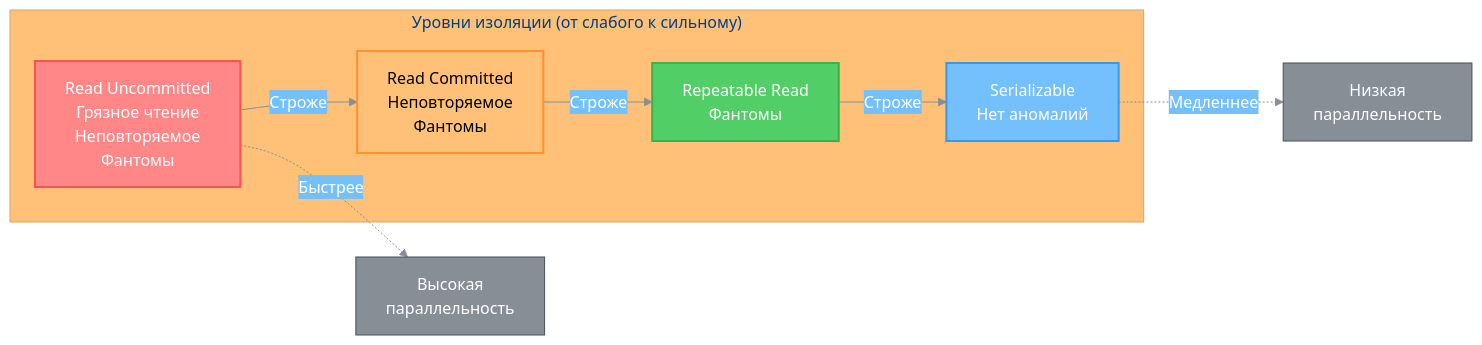
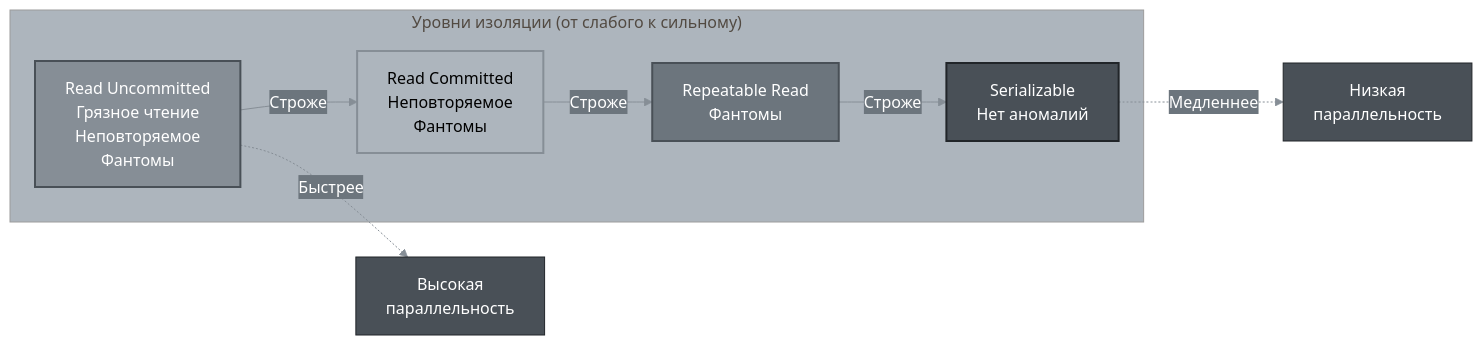
The ninth of 23 diagrams in db_exam.md (alx314vo/db_exam), drawn with Mermaid before and after one commit. The commit also changed other lines of this file, not shown here.

````diff
--- a/db_exam.md
+++ b/db_exam.md
@@ -461,22 +461,22 @@
 ```mermaid
-%%{init: {'theme':'base', 'themeVariables': {'primaryColor':'#868e96','primaryTextColor':'#fff','primaryBorderColor':'#495057','lineColor':'#868e96','secondaryColor':'#74c0fc','tertiaryColor':'#ffc078','background':'#ffffff','textColor':'#212529'}}}%%
+%%{init: {'theme':'base', 'themeVariables': {'primaryColor':'#495057','primaryTextColor':'#fff','primaryBorderColor':'#212529','lineColor':'#868e96','secondaryColor':'#6c757d','tertiaryColor':'#adb5bd','background':'#ffffff','textColor':'#212529'}}}%%
 graph LR
     subgraph "Уровни изоляции (от слабого к сильному)"
         RU[Read Uncommitted<br/>Грязное чтение<br/>Неповторяемое<br/>Фантомы]
         RC[Read Committed<br/>Неповторяемое<br/>Фантомы]
         RR[Repeatable Read<br/>Фантомы]
         S[Serializable<br/>Нет аномалий]
     end
     
     RU -->|Строже| RC
     RC -->|Строже| RR
     RR -->|Строже| S
     
     RU -.->|Быстрее| Speed1[Высокая<br/>параллельность]
     S -.->|Медленнее| Speed2[Низкая<br/>параллельность]
     
-    style RU fill:#ff8787,stroke:#fa5252,stroke-width:2px,color:#fff
-    style RC fill:#ffc078,stroke:#ff922b,stroke-width:2px,color:#000
-    style RR fill:#51cf66,stroke:#37b24d,stroke-width:2px,color:#fff
-    style S fill:#74c0fc,stroke:#339af0,stroke-width:2px,color:#fff
+    style RU fill:#868e96,stroke:#495057,stroke-width:2px,color:#fff
+    style RC fill:#adb5bd,stroke:#868e96,stroke-width:2px,color:#000
+    style RR fill:#6c757d,stroke:#495057,stroke-width:2px,color:#fff
+    style S fill:#495057,stroke:#212529,stroke-width:2px,color:#fff
 ```
````
